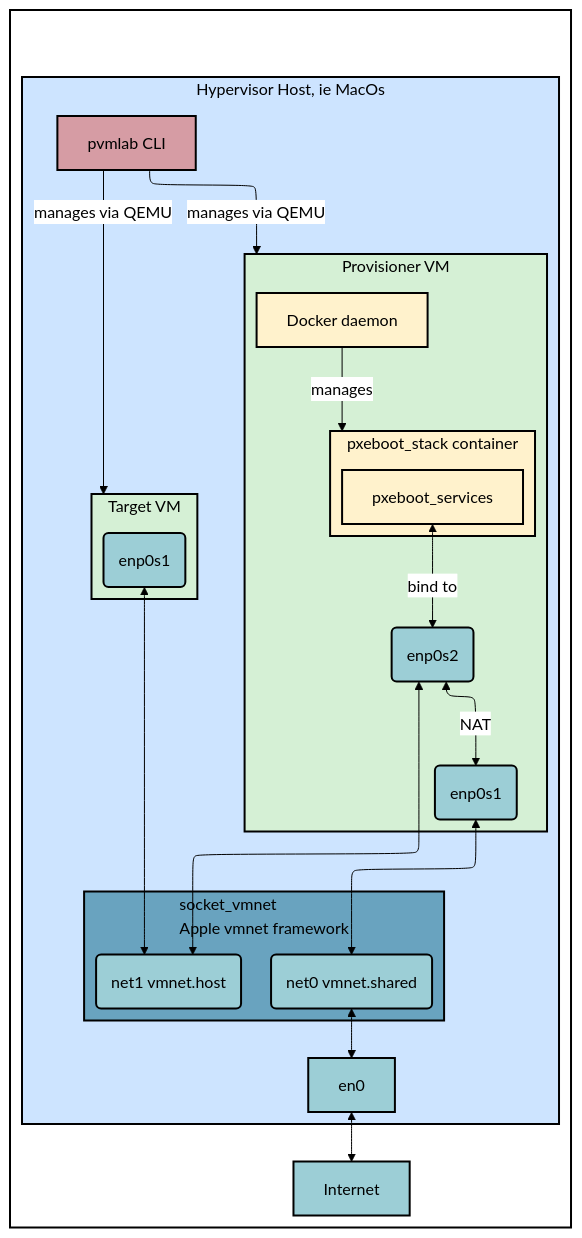
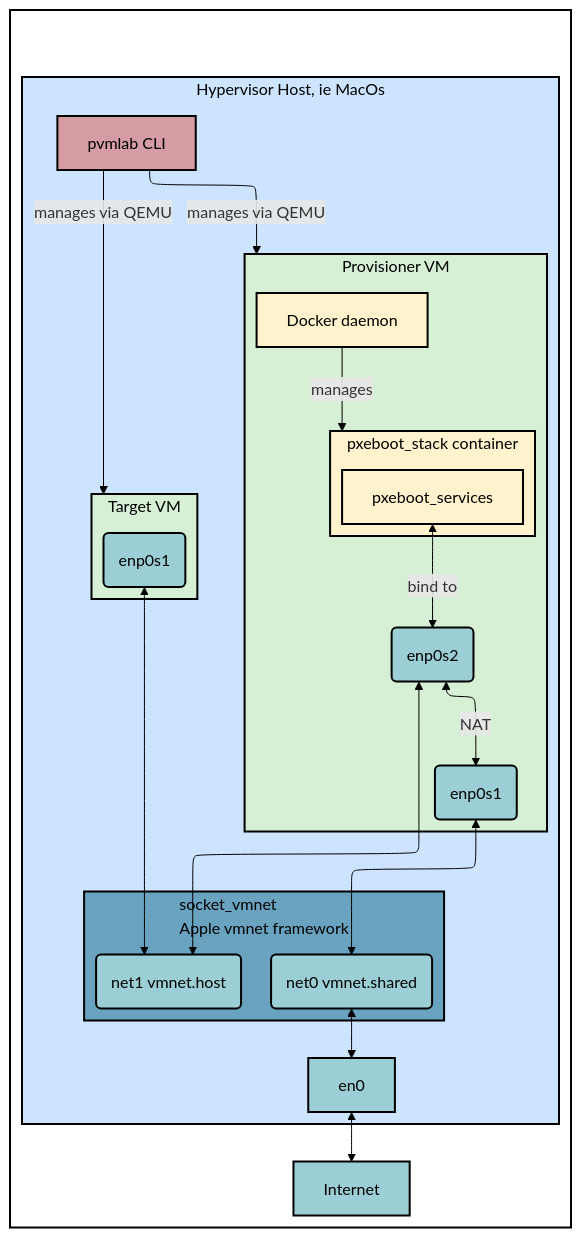
The diagram in README.md (pallotron/pvmlab), drawn with Mermaid before and after one commit.

````diff
--- a/README.md
+++ b/README.md
@@ -21,63 +21,66 @@
 ```mermaid
 ---
 config:
-    theme: neutral
     layout: elk
 ---
 flowchart
 %% Define style classes for different components
 classDef hostStyle fill:#cde4ff,stroke:black,stroke-width:2px,color:#000
 classDef vmStyle fill:#d5f0d5,stroke:black,stroke-width:2px,color:#000
 classDef dockerStyle fill:#fff2cc,stroke:black,stroke-width:2px,color:#000
 classDef interfaceStyle fill:#9cced6,stroke:black,stroke-width:2px,color:#000
 classDef cliStyle fill:#d69ca4,stroke:black,stroke-width:2px,color:#000
 classDef socketVmnetStyle fill:#69a3bf,stroke:black,stroke-width:2px,color:#000
 classDef backgroundStyle fill:white,stroke:black,stroke-width:2px,color:#000
 
 subgraph G [ ]
     subgraph H [Hypervisor Host, ie MacOs]
+        direction TB
         cli[pvmlab CLI]
         en0
         subgraph V [Provisioner VM]
+            direction TB
             provisioner_vm_enp0s1(enp0s1)
             provisioner_vm_enp0s2(enp0s2)
             Docker[Docker daemon]
             subgraph "pxeboot_stack" [pxeboot_stack container]
                 pxeboot_services
             end
         end
         subgraph T [Target VM]
+            direction TB
             target_vm_enp0s1(enp0s1)
         end
         subgraph N [socket_vmnet<br/>Apple vmnet framework]
+            direction TB
             virtual_net1_private(net1 vmnet.host)
             virtual_net0_shared(net0 vmnet.shared)
         end
     end
     Internet
 end
 
 
 en0 <----> Internet
 Docker -- manages --> pxeboot_stack
 provisioner_vm_enp0s1 <--> virtual_net0_shared
 provisioner_vm_enp0s2 <---> virtual_net1_private
 provisioner_vm_enp0s2 <-- NAT --> provisioner_vm_enp0s1
 target_vm_enp0s1 <---> virtual_net1_private
 pxeboot_services <-- bind to --> provisioner_vm_enp0s2
 virtual_net0_shared <--> en0
 cli -- manages via QEMU --> V
 cli -- manages via QEMU --> T
 
 
 %% Apply the defined classes to the nodes
 class H hostStyle
 class G backgroundStyle
 class pxeboot_stack,Docker,pxeboot_services dockerStyle
 class V,T vmStyle
 class target_vm_enp0s1,provisioner_vm_enp0s1,provisioner_vm_enp0s2,provisioner_vm_enp0s3,en0,virtual_net0_shared,virtual_net1_private interfaceStyle
 class cli cliStyle
 class N socketVmnetStyle
 class Internet interfaceStyle
 linkStyle default stroke:black
 ```
````
